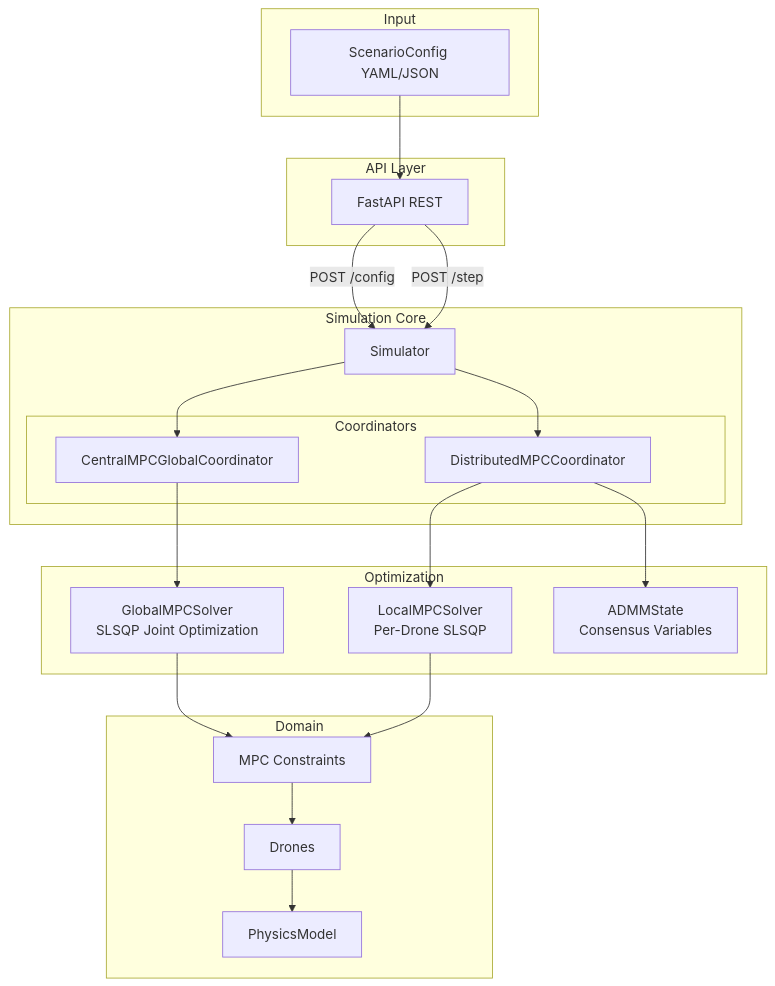
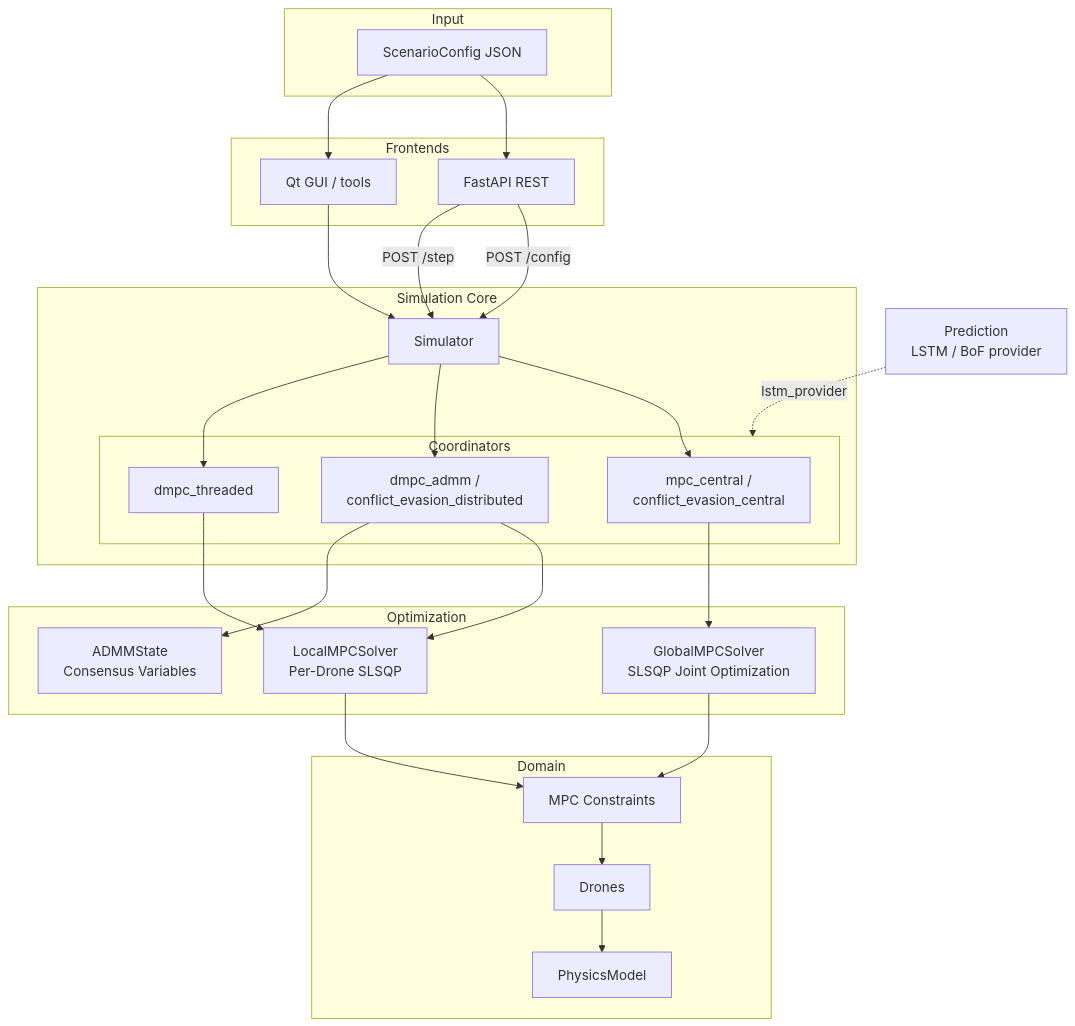
One commit to linda78/TLCAmpc changed the second of 5 diagrams in doc/architecture.md. Above: the diagram before and after it, drawn with Mermaid. The commit also changed other lines of this file, not shown here.

Commit message:
make architecture more actual

````diff
--- a/doc/architecture.md
+++ b/doc/architecture.md
@@ -372,48 +495,57 @@
 ```mermaid
 flowchart TB
     subgraph Input
-        CONFIG[ScenarioConfig YAML/JSON]
+        CONFIG[ScenarioConfig JSON]
     end
-    
-    subgraph API["API Layer"]
+
+    subgraph Frontends
         REST[FastAPI REST]
+        GUI[Qt GUI / tools]
     end
-    
+
     subgraph Sim["Simulation Core"]
         SIMULATOR[Simulator]
-        
+
         subgraph Coordinators
-            CENTRAL[CentralMPCGlobalCoordinator]
-            DISTRIB[DistributedMPCCoordinator]
+            CENTRAL[mpc_central /<br/>conflict_evasion_central]
+            DISTRIB[dmpc_admm /<br/>conflict_evasion_distributed]
+            THREADED[dmpc_threaded]
         end
     end
-    
+
     subgraph Optimization
         GLOBAL[GlobalMPCSolver<br/>SLSQP Joint Optimization]
         LOCAL[LocalMPCSolver<br/>Per-Drone SLSQP]
         ADMM[ADMMState<br/>Consensus Variables]
     end
-    
+
     subgraph Domain
         DRONES[Drones]
         PHYSICS[PhysicsModel]
         CONSTRAINTS[MPC Constraints]
     end
-    
+
+    PRED[Prediction<br/>LSTM / BoF provider]
+
     CONFIG --> REST
+    CONFIG --> GUI
     REST -->|POST /config| SIMULATOR
     REST -->|POST /step| SIMULATOR
-    
+    GUI --> SIMULATOR
+
     SIMULATOR --> CENTRAL
     SIMULATOR --> DISTRIB
-    
+    SIMULATOR --> THREADED
+    PRED -.->|lstm_provider| Coordinators
+
     CENTRAL --> GLOBAL
     DISTRIB --> LOCAL
     DISTRIB --> ADMM
-    
+    THREADED --> LOCAL
+
     GLOBAL --> CONSTRAINTS
     LOCAL --> CONSTRAINTS
-    
+
     CONSTRAINTS --> DRONES
     DRONES --> PHYSICS
 ```
````
